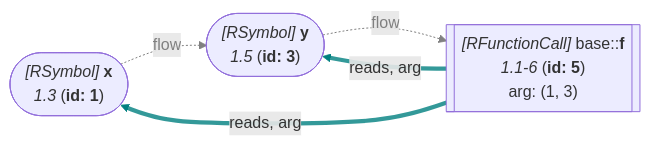
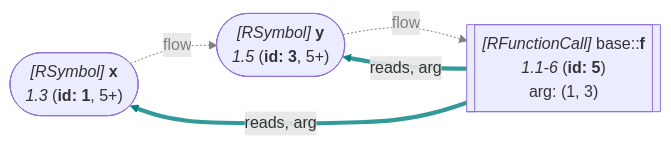
One commit to flowr-analysis/flowr changed diagram 44 of 60 in wiki/Dataflow Graph.md. Above: the diagram before and after it, drawn with Mermaid. The commit also changed other lines of this file and 39 other files, not shown here.

````diff
--- a/wiki/Dataflow Graph.md
+++ b/wiki/Dataflow Graph.md
@@ -4608,18 +4610,18 @@
 ```mermaid
 flowchart LR
     1(["`*#91;RSymbol#93;* **x**
-      *1.3* (**id: 1**)`"])
+      *1.3* (**id: 1**, 5+)`"])
     3(["`*#91;RSymbol#93;* **y**
-      *1.5* (**id: 3**)`"])
+      *1.5* (**id: 3**, 5+)`"])
     5[["`*#91;RFunctionCall#93;* base#58;#58;**f**
       *1.1-6* (**id: 5**)
     arg: (1, 3)`"]]
     1 -.->|"flow"| 3
     linkStyle 0 stroke:gray,color:gray;
     3 -.->|"flow"| 5
     linkStyle 1 stroke:gray,color:gray;
     5 -->|"reads, arg"| 1
     linkStyle 2 stroke:teal,stroke-width:4.2px,stroke-opacity:.8
     5 -->|"reads, arg"| 3
     linkStyle 3 stroke:teal,stroke-width:4.2px,stroke-opacity:.8
 ```
````
